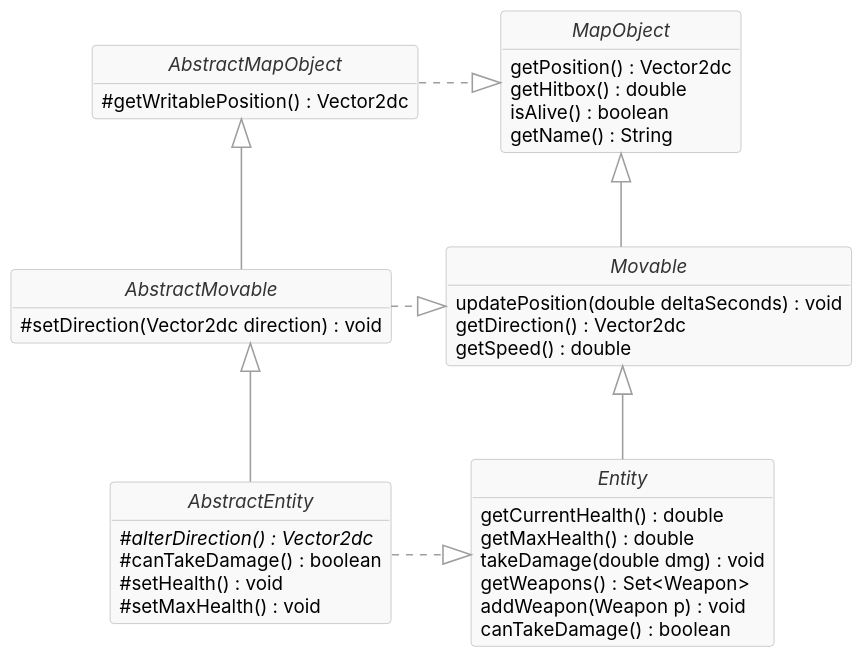
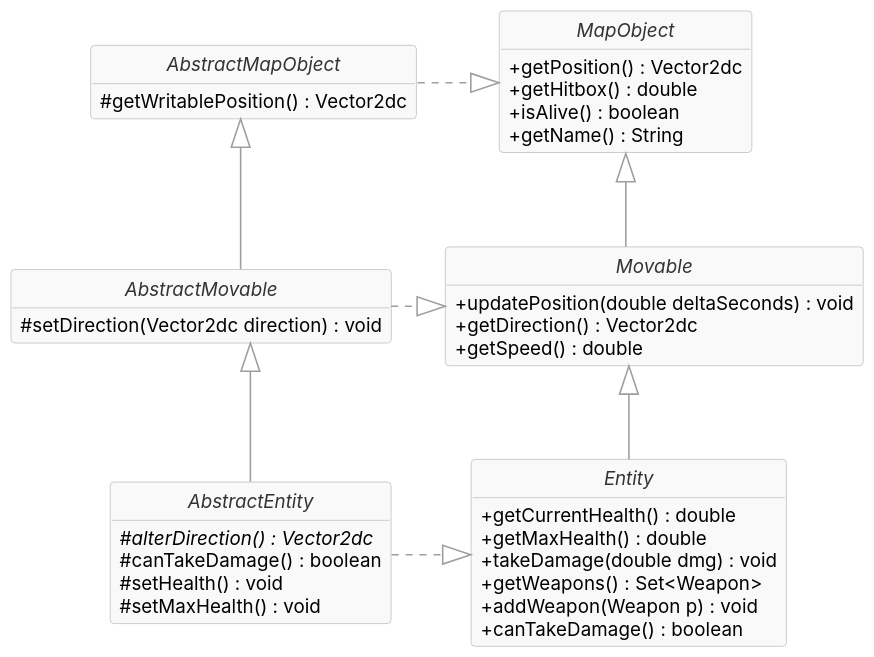
One commit to GiocoMatto/OOP25-wildenc changed the diagram in report/uml/objects.puml. Above: the diagram before and after it, drawn with PlantUML. The commit also changed 27 other files, not shown here.

```diff
--- a/report/uml/objects.puml
+++ b/report/uml/objects.puml
@@ -1,81 +1,81 @@
 @startuml Objects
 
 ' =========================
 '  Skin
 ' =========================
 
 skinparam shadowing false
 skinparam roundcorner 5
 skinparam dpi 150
 
 skinparam DefaultFontName "Inter"
 skinparam DefaultFontSize 12
 skinparam classAttributeIconSize 0
 skinparam Linetype ortho
 
 skinparam class {
   BackgroundColor #F9F9F9
   BorderColor #BFBFBF
   FontColor #333333
 }
 
 skinparam Arrow {
   Color #9E9E9E
   Thickness 1
 }
 
 hide circle
 hide empty members
 
 ' =========================
 '  Classes
 ' =========================
 
 interface MapObject {
-    getPosition() : Vector2dc
-    getHitbox() : double
-    isAlive() : boolean
-    getName() : String
+    +getPosition() : Vector2dc
+    +getHitbox() : double
+    +isAlive() : boolean
+    +getName() : String
 }
 
 abstract AbstractMapObject {
     #getWritablePosition() : Vector2dc
 }
 
 interface Movable {
-    updatePosition(double deltaSeconds) : void
-    getDirection() : Vector2dc
-    getSpeed() : double
+    +updatePosition(double deltaSeconds) : void
+    +getDirection() : Vector2dc
+    +getSpeed() : double
 }
 
 abstract AbstractMovable {
     #setDirection(Vector2dc direction) : void
 }
 
 interface Entity {
-    getCurrentHealth() : double
-    getMaxHealth() : double
-    takeDamage(double dmg) : void
-    getWeapons() : Set<Weapon>
-    addWeapon(Weapon p) : void
-    canTakeDamage() : boolean
+    +getCurrentHealth() : double
+    +getMaxHealth() : double
+    +takeDamage(double dmg) : void
+    +getWeapons() : Set<Weapon>
+    +addWeapon(Weapon p) : void
+    +canTakeDamage() : boolean
 }
 
 abstract AbstractEntity {
     {abstract} #alterDirection() : Vector2dc
     #canTakeDamage() : boolean
     #setHealth() : void
     #setMaxHealth() : void
 }
 
 AbstractMovable .right.|> Movable
 AbstractMapObject .right.|> MapObject
 AbstractEntity .right.|> Entity
 
 AbstractMovable -up-|> AbstractMapObject
 AbstractEntity -up-|> AbstractMovable
 
 Movable -up-|> MapObject
 Entity -up-|> Movable
 
 @enduml 
```
